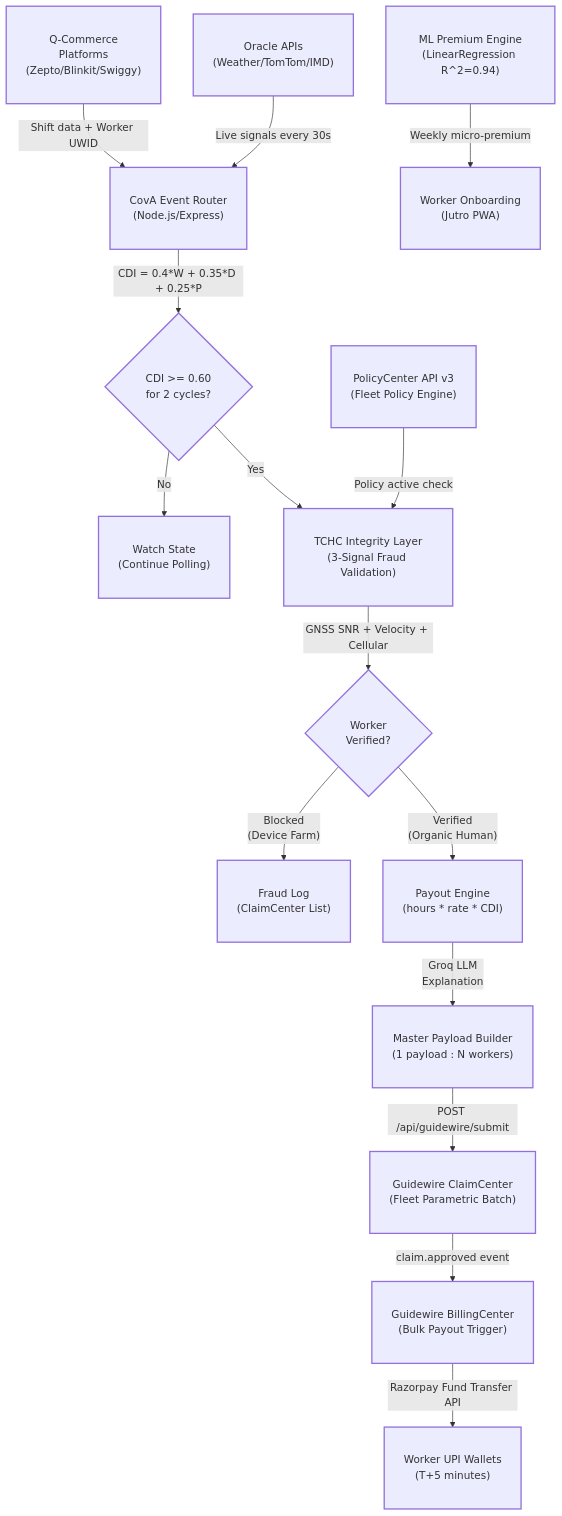
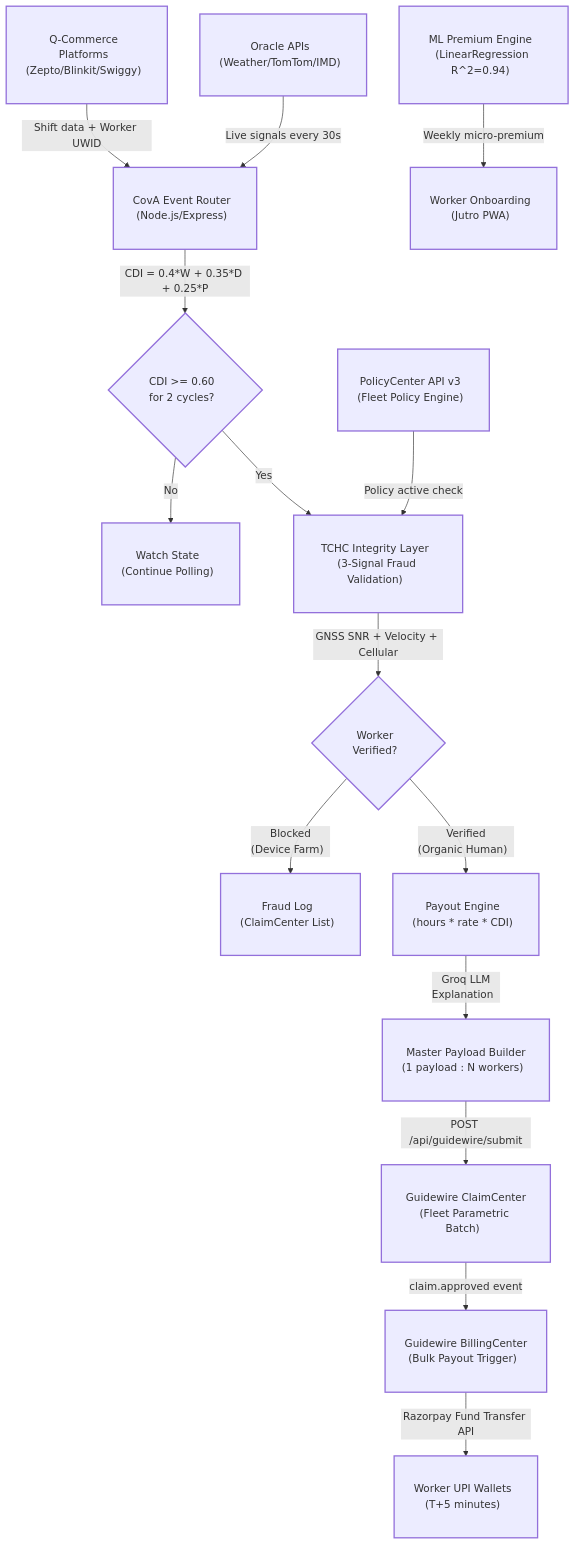
One commit to NavneethKonduru/CovA-Parametric-Income-Protection-Guidewire-Devtrails-2026 changed the diagram in README.md. Above: the diagram before and after it, drawn with Mermaid. The commit also changed other lines of this file, not shown here.

Commit message:
Final Mermaid Optimization: Fix cutoff with right-side padding & 6px internal padding

````diff
--- a/README.md
+++ b/README.md
@@ -169,19 +169,19 @@
 ```mermaid
 graph TD
-    classDef box padding:15px,stroke-width:2px;
+    classDef box padding:6px,stroke-width:2px;
 
-    A["Q-Commerce<br/>Platforms<br/>(Zepto/Blinkit/Swiggy)"]:::box -->|"Shift data + Worker UWID"| B["CovA Event Router<br/>(Node.js/Express)"]:::box
-    C["Oracle APIs<br/>(Weather/TomTom/IMD)"]:::box -->|"Live signals every 30s"| B
-    B -->|"CDI = 0.4*W + 0.35*D + 0.25*P"| D{"CDI >= 0.60<br/>for 2 cycles? "}:::box
-    D -->|No| E["Watch State<br/>(Continue Polling)"]:::box
-    D -->|Yes| F["TCHC Integrity Layer<br/>(3-Signal Fraud Validation)"]:::box
-    F -->|"GNSS SNR + Velocity + Cellular"| G{"Worker<br/>Verified?"}:::box
-    G -->|"Blocked<br/>(Device Farm)"| H["Fraud Log<br/>(ClaimCenter List)"]:::box
-    G -->|"Verified<br/>(Organic Human)"| I["Payout Engine<br/>(hours * rate * CDI)"]:::box
-    I -->|"Groq LLM<br/>Explanation"| J["Master Payload Builder<br/>(1 payload : N workers)"]:::box
-    J -->|"POST /api/guidewire/submit"| K["Guidewire ClaimCenter<br/>(Fleet Parametric Batch)"]:::box
-    K -->|"claim.approved event"| L["Guidewire BillingCenter<br/>(Bulk Payout Trigger)"]:::box
-    L -->|"Razorpay Fund Transfer API"| M["Worker UPI Wallets<br/>(T+5 minutes)"]:::box
-    N["PolicyCenter API v3<br/>(Fleet Policy Engine)"]:::box -->|"Policy active check"| F
-    O["ML Premium Engine<br/>(LinearRegression R^2=0.94)"]:::box -->|"Weekly micro-premium"| P["Worker Onboarding<br/>(Jutro PWA)"]:::box
+    A["Q-Commerce&nbsp;&nbsp;<br/>Platforms&nbsp;&nbsp;<br/>(Zepto/Blinkit/Swiggy)&nbsp;&nbsp;"]:::box -->|"Shift data + Worker UWID"| B["CovA Event Router&nbsp;&nbsp;<br/>(Node.js/Express)&nbsp;&nbsp;"]:::box
+    C["Oracle APIs&nbsp;&nbsp;<br/>(Weather/TomTom/IMD)&nbsp;&nbsp;"]:::box -->|"Live signals every 30s"| B
+    B -->|"CDI = 0.4*W + 0.35*D + 0.25*P"| D{"CDI >= 0.60&nbsp;&nbsp;<br/>for 2 cycles?&nbsp;&nbsp;"}:::box
+    D -->|No| E["Watch State&nbsp;&nbsp;<br/>(Continue Polling)&nbsp;&nbsp;"]:::box
+    D -->|Yes| F["TCHC Integrity Layer&nbsp;&nbsp;<br/>(3-Signal Fraud Validation)&nbsp;&nbsp;"]:::box
+    F -->|"GNSS SNR + Velocity + Cellular"| G{"Worker&nbsp;&nbsp;<br/>Verified?&nbsp;&nbsp;"}:::box
+    G -->|"Blocked<br/>(Device Farm)&nbsp;&nbsp;"| H["Fraud Log&nbsp;&nbsp;<br/>(ClaimCenter List)&nbsp;&nbsp;"]:::box
+    G -->|"Verified<br/>(Organic Human)&nbsp;&nbsp;"| I["Payout Engine&nbsp;&nbsp;<br/>(hours * rate * CDI)&nbsp;&nbsp;"]:::box
+    I -->|"Groq LLM<br/>Explanation&nbsp;&nbsp;"| J["Master Payload Builder<br/>(1 payload : N workers)&nbsp;&nbsp;"]:::box
+    J -->|"POST /api/guidewire/submit"| K["Guidewire ClaimCenter<br/>(Fleet Parametric Batch)&nbsp;&nbsp;"]:::box
+    K -->|"claim.approved event"| L["Guidewire BillingCenter<br/>(Bulk Payout Trigger)&nbsp;&nbsp;"]:::box
+    L -->|"Razorpay Fund Transfer API"| M["Worker UPI Wallets&nbsp;&nbsp;<br/>(T+5 minutes)&nbsp;&nbsp;"]:::box
+    N["PolicyCenter API v3&nbsp;&nbsp;<br/>(Fleet Policy Engine)&nbsp;&nbsp;"]:::box -->|"Policy active check"| F
+    O["ML Premium Engine&nbsp;&nbsp;<br/>(LinearRegression R^2=0.94)&nbsp;&nbsp;"]:::box -->|"Weekly micro-premium"| P["Worker Onboarding&nbsp;&nbsp;<br/>(Jutro PWA)&nbsp;&nbsp;"]:::box
 ```
````
